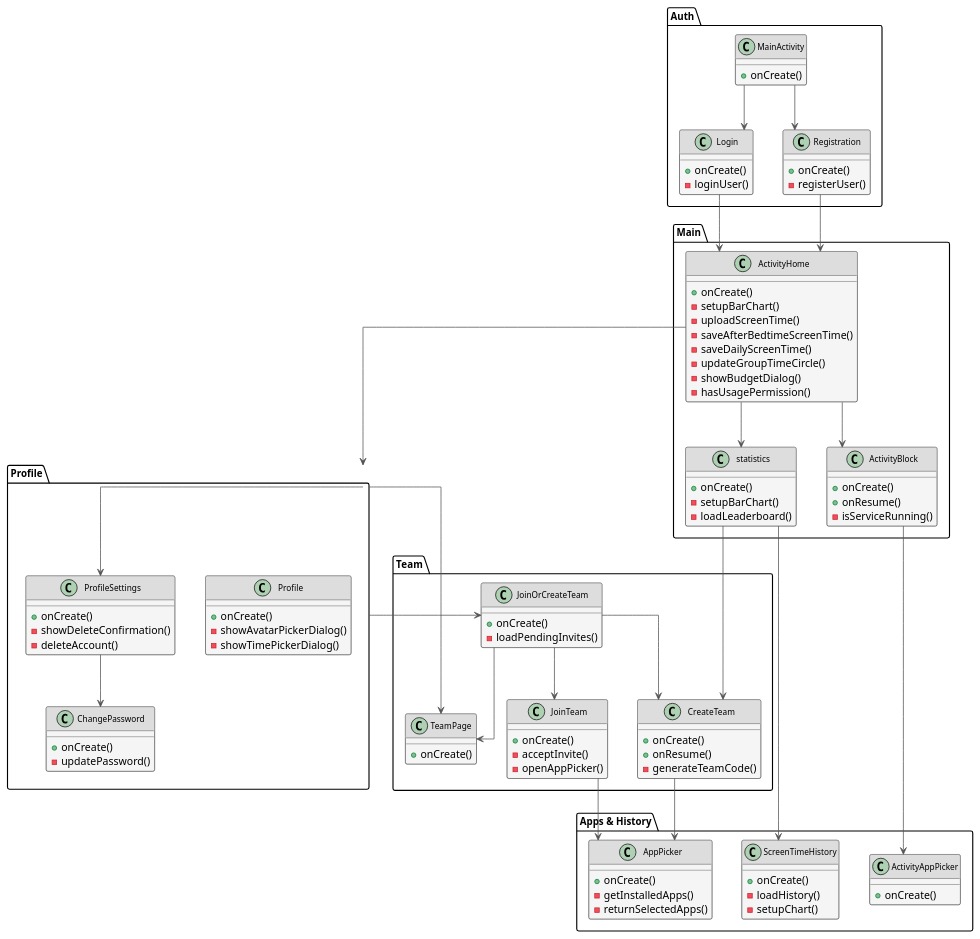
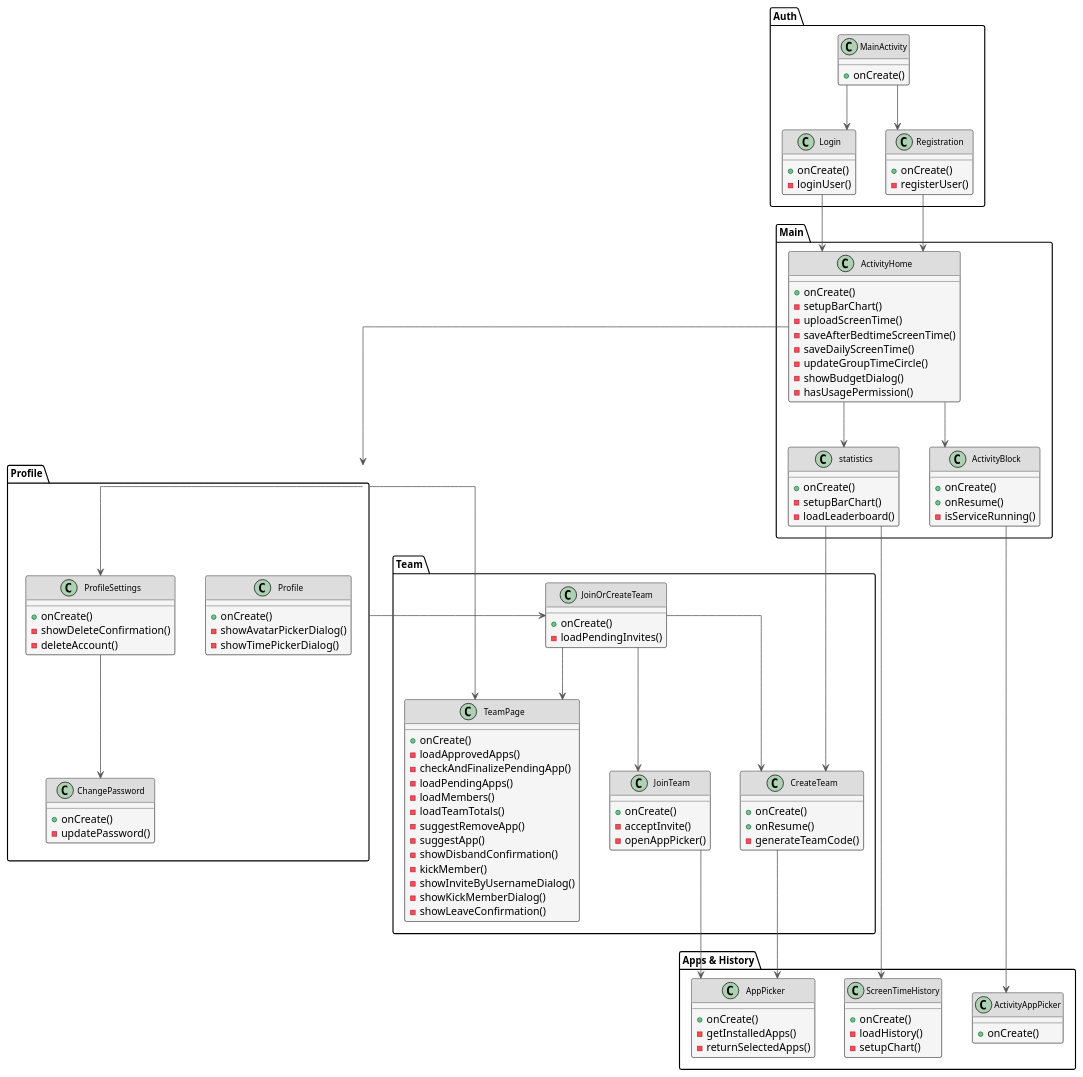
Before and after one commit to mdall24/p2: the diagram in app/p2_activities_report.puml, drawn with PlantUML. The commit also changed 1 other file, not shown here.

```diff
--- a/app/p2_activities_report.puml
+++ b/app/p2_activities_report.puml
@@ -1,138 +1,150 @@
 @startuml
 
 skinparam backgroundColor #FFFFFF
 skinparam classBackgroundColor #F5F5F5
 skinparam classBorderColor #333333
 skinparam classHeaderBackgroundColor #DDDDDD
 skinparam classFontColor #000000
 skinparam classHeaderFontColor #000000
 skinparam arrowColor #555555
 skinparam shadowing false
 skinparam linetype ortho
 skinparam nodesep 40
 skinparam ranksep 60
 skinparam classFontSize 11
 skinparam packageFontSize 13
 
 package "Auth" {
     class MainActivity {
         + onCreate()
     }
     class Login {
         + onCreate()
         - loginUser()
     }
     class Registration {
         + onCreate()
         - registerUser()
     }
 }
 
 package "Main" {
     class ActivityHome {
         + onCreate()
         - setupBarChart()
         - uploadScreenTime()
         - saveAfterBedtimeScreenTime()
         - saveDailyScreenTime()
         - updateGroupTimeCircle()
         - showBudgetDialog()
         - hasUsagePermission()
     }
     class ActivityBlock {
         + onCreate()
         + onResume()
         - isServiceRunning()
     }
     class statistics {
         + onCreate()
         - setupBarChart()
         - loadLeaderboard()
     }
 }
 
 package "Profile" {
     class Profile {
         + onCreate()
         - showAvatarPickerDialog()
         - showTimePickerDialog()
     }
     class ProfileSettings {
         + onCreate()
         - showDeleteConfirmation()
         - deleteAccount()
     }
     class ChangePassword {
         + onCreate()
         - updatePassword()
     }
 }
 
 package "Team" {
     class JoinOrCreateTeam {
         + onCreate()
         - loadPendingInvites()
     }
     class CreateTeam {
         + onCreate()
         + onResume()
         - generateTeamCode()
     }
     class JoinTeam {
         + onCreate()
         - acceptInvite()
         - openAppPicker()
     }
     class TeamPage {
         + onCreate()
+        - loadApprovedApps()
+        - checkAndFinalizePendingApp()
+        - loadPendingApps()
+        - loadMembers()
+        - loadTeamTotals()
+        - suggestRemoveApp()
+        - suggestApp()
+        - showDisbandConfirmation()
+        - kickMember()
+        - showInviteByUsernameDialog()
+        - showKickMemberDialog()
+        - showLeaveConfirmation()
     }
 }
 
 package "Apps & History" {
     class ActivityAppPicker {
         + onCreate()
     }
     class AppPicker {
         + onCreate()
         - getInstalledApps()
         - returnSelectedApps()
     }
     class ScreenTimeHistory {
         + onCreate()
         - loadHistory()
         - setupChart()
     }
 }
 
 ' Auth flow
 MainActivity --> Login
 MainActivity --> Registration
 Login --> ActivityHome
 Registration --> ActivityHome
 
 ' Main nav
 ActivityHome --> ActivityBlock
 ActivityHome --> statistics
 ActivityHome --> Profile
 
 ' Block
 ActivityBlock --> ActivityAppPicker
 
 ' Stats
 statistics --> ScreenTimeHistory
 statistics --> CreateTeam
 
 ' Profile
 Profile --> ProfileSettings
 Profile --> JoinOrCreateTeam
 Profile --> TeamPage
 ProfileSettings --> ChangePassword
 
 ' Team
 JoinOrCreateTeam --> CreateTeam
 JoinOrCreateTeam --> JoinTeam
 JoinOrCreateTeam --> TeamPage
 CreateTeam --> AppPicker
 JoinTeam --> AppPicker
 
 @enduml
```
